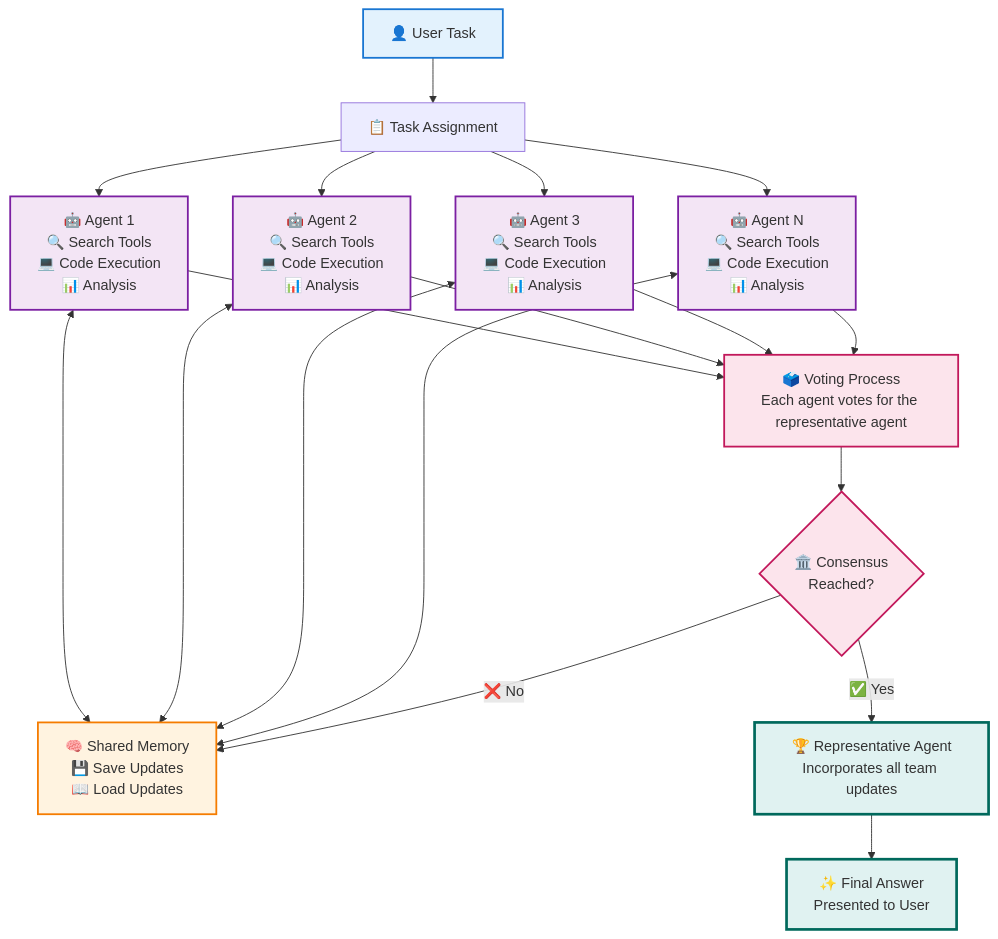
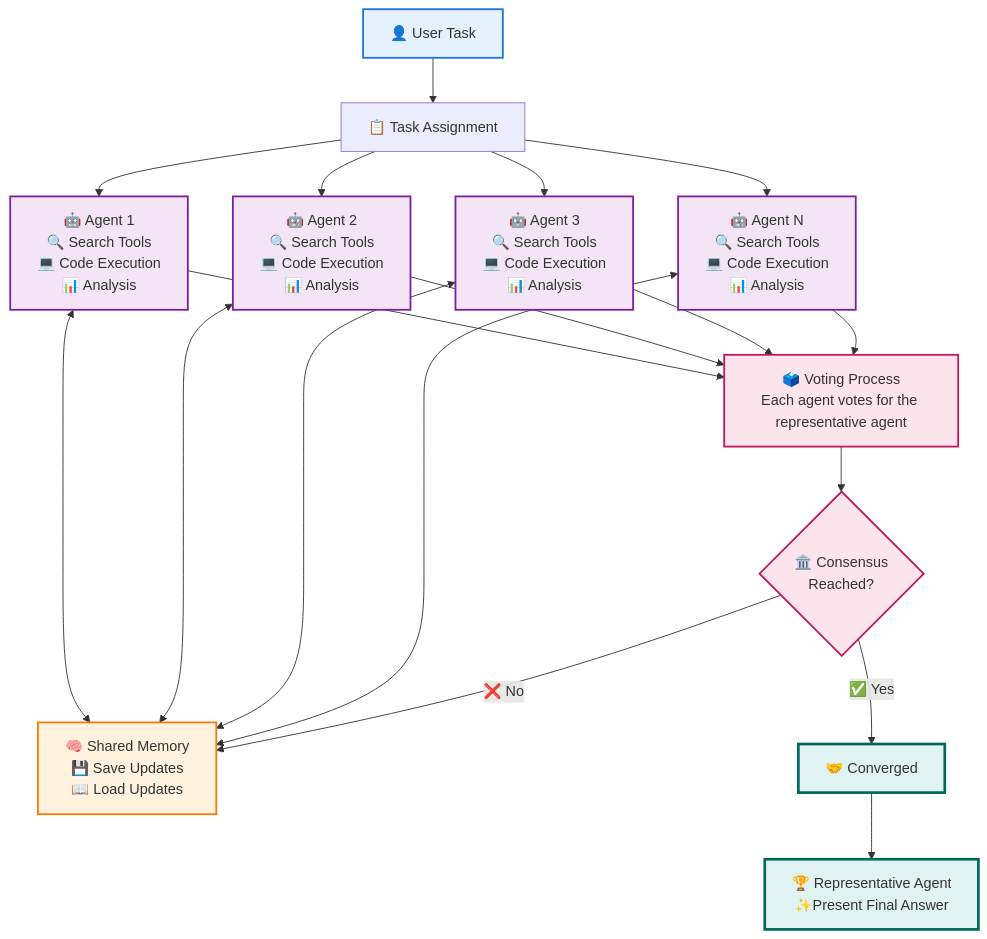
One commit to qidanrui/MassGen changed the diagram in README.md. Above: the diagram before and after it, drawn with Mermaid.

````diff
--- a/README.md
+++ b/README.md
@@ -42,51 +42,51 @@
 ```mermaid
 graph TB
     %% User Input
     U[👤 User Task] --> T[📋 Task Assignment]
     
     %% Multiple Agents Working with Tools
     T --> A1[🤖 Agent 1<br/>🔍 Search Tools<br/>💻 Code Execution<br/>📊 Analysis]
     T --> A2[🤖 Agent 2<br/>🔍 Search Tools<br/>💻 Code Execution<br/>📊 Analysis]
     T --> A3[🤖 Agent 3<br/>🔍 Search Tools<br/>💻 Code Execution<br/>📊 Analysis]
     T --> AN[🤖 Agent N<br/>🔍 Search Tools<br/>💻 Code Execution<br/>📊 Analysis]
     
     %% Shared Memory Hub
     SM[🧠 Shared Memory<br/>💾 Save Updates<br/>📖 Load Updates]
     
     %% Agents interact with shared memory during task solving
     A1 <--> SM
     A2 <--> SM
     A3 <--> SM
     AN <--> SM
     
     %% Voting Process at bottom
     A1 --> V[🗳️ Voting Process<br/>Each agent votes for the representative agent]
     A2 --> V
     A3 --> V
     AN --> V
     
     %% Consensus Check
     V --> C{🏛️ Consensus<br/>Reached?}
     
     %% No Consensus - back to work with shared memory
     C -->|❌ No| SM
     
     %% Consensus Reached
-    C -->|✅ Yes| R[🏆 Representative Agent<br/>Incorporates all team updates]
+    C -->|✅ Yes| R[🤝 Converged]
     
     %% Final Answer
-    R --> F[✨ Final Answer<br/>Presented to User]
+    R --> F[🏆 Representative Agent<br/>✨Present Final Answer]
     
     %% Styling
     classDef userNode fill:#e3f2fd,stroke:#1976d2,stroke-width:2px
     classDef agentNode fill:#f3e5f5,stroke:#7b1fa2,stroke-width:2px
     classDef memoryNode fill:#fff3e0,stroke:#f57c00,stroke-width:2px
     classDef voteNode fill:#fce4ec,stroke:#c2185b,stroke-width:2px
     classDef finalNode fill:#e0f2f1,stroke:#00695c,stroke-width:3px
     
     class U userNode
     class A1,A2,A3,AN agentNode
     class SM memoryNode
     class V,C voteNode
     class R,F finalNode
 ```
````
